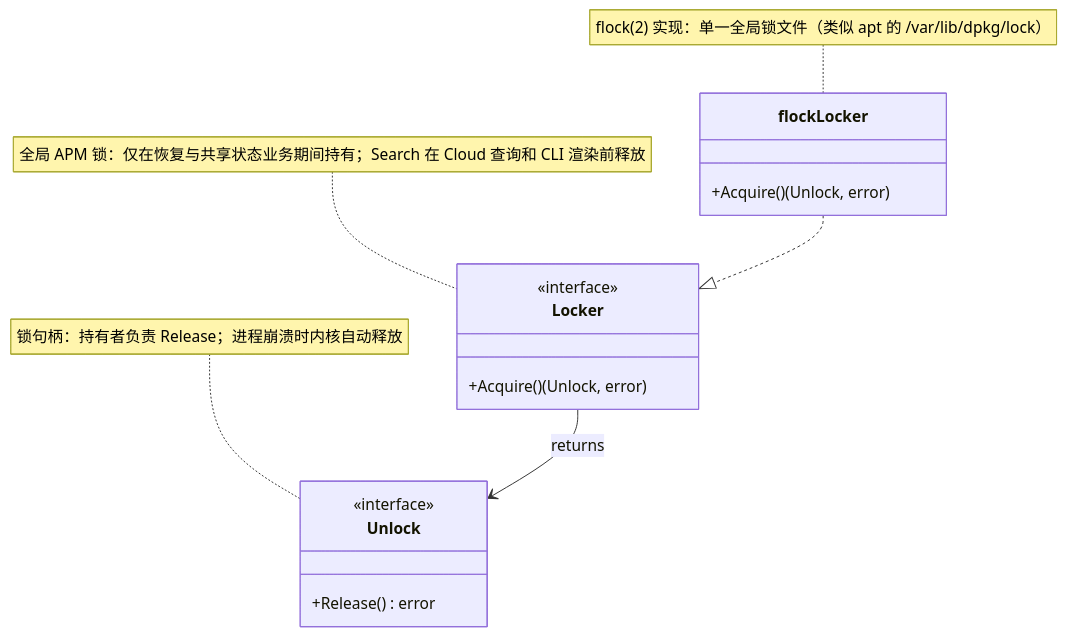
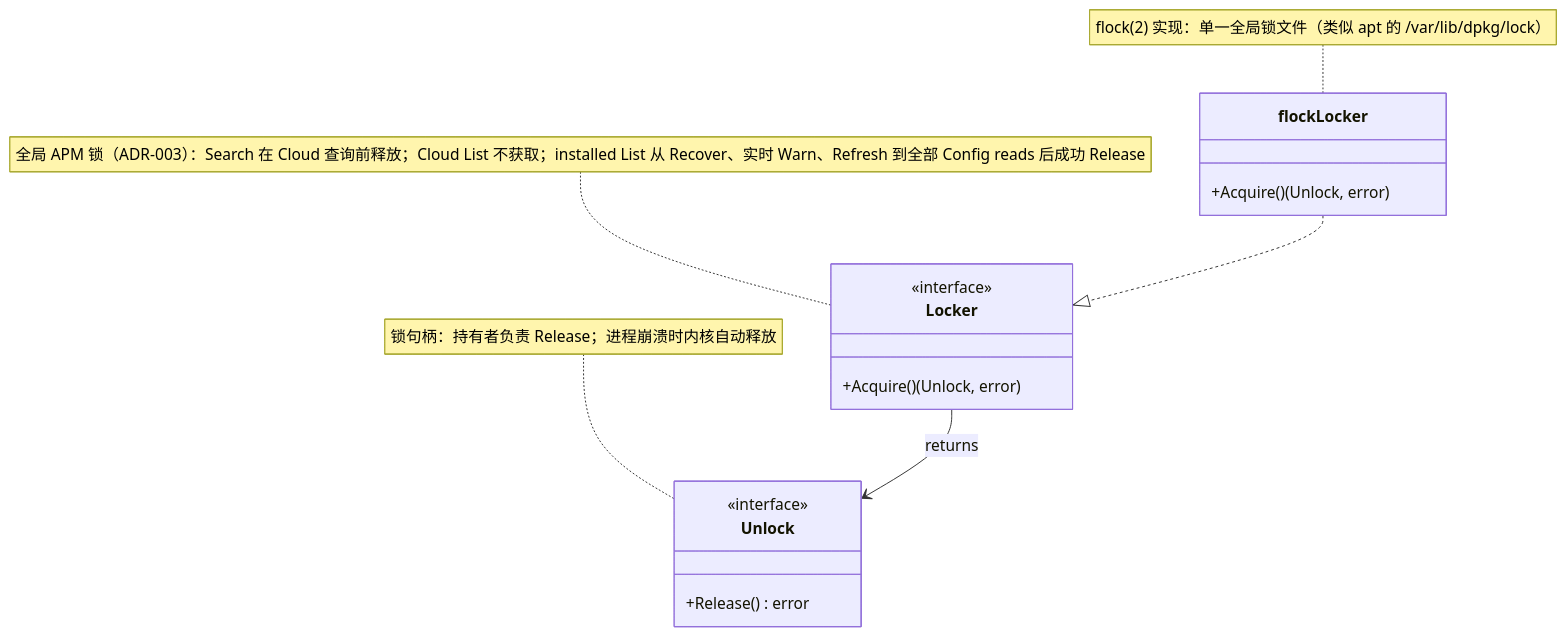
Before and after one commit to spacemit-com/agent-power-manager: the diagram in ivory-tower/c4/components/apm-cli-diagrams/lock-manager.mmd, drawn with Mermaid. The commit also changed 17 other files, not shown here.

```diff
--- a/ivory-tower/c4/components/apm-cli-diagrams/lock-manager.mmd
+++ b/ivory-tower/c4/components/apm-cli-diagrams/lock-manager.mmd
@@ -1,20 +1,20 @@
 classDiagram
-    note for Locker "全局 APM 锁：仅在恢复与共享状态业务期间持有；Search 在 Cloud 查询和 CLI 渲染前释放"
+    note for Locker "全局 APM 锁（ADR-003）：Search 在 Cloud 查询前释放；Cloud List 不获取；installed List 从 Recover、实时 Warn、Refresh 到全部 Config reads 后成功 Release"
     class Locker {
         <<interface>>
         +Acquire() (Unlock, error)
     }
 
     note for Unlock "锁句柄：持有者负责 Release；进程崩溃时内核自动释放"
     class Unlock {
         <<interface>>
         +Release() error
     }
 
     note for flockLocker "flock(2) 实现：单一全局锁文件（类似 apt 的 /var/lib/dpkg/lock）"
     class flockLocker {
         +Acquire() (Unlock, error)
     }
 
     flockLocker ..|> Locker
     Locker --> Unlock : returns
```
